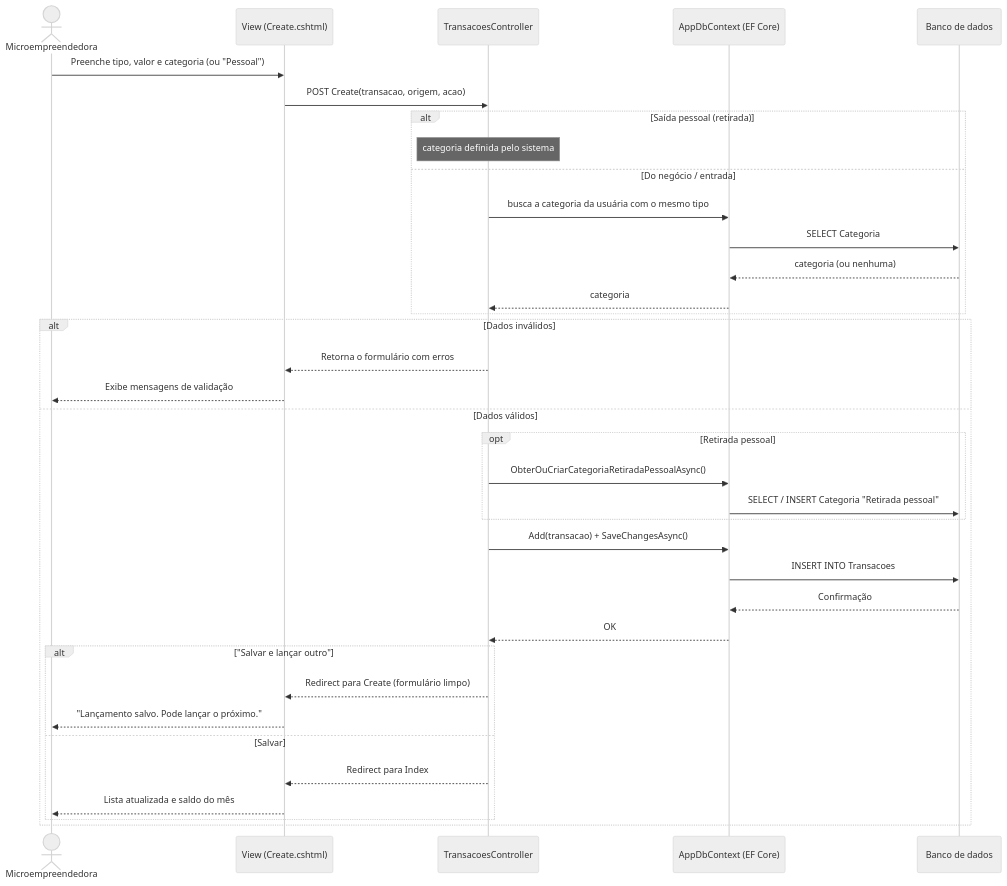
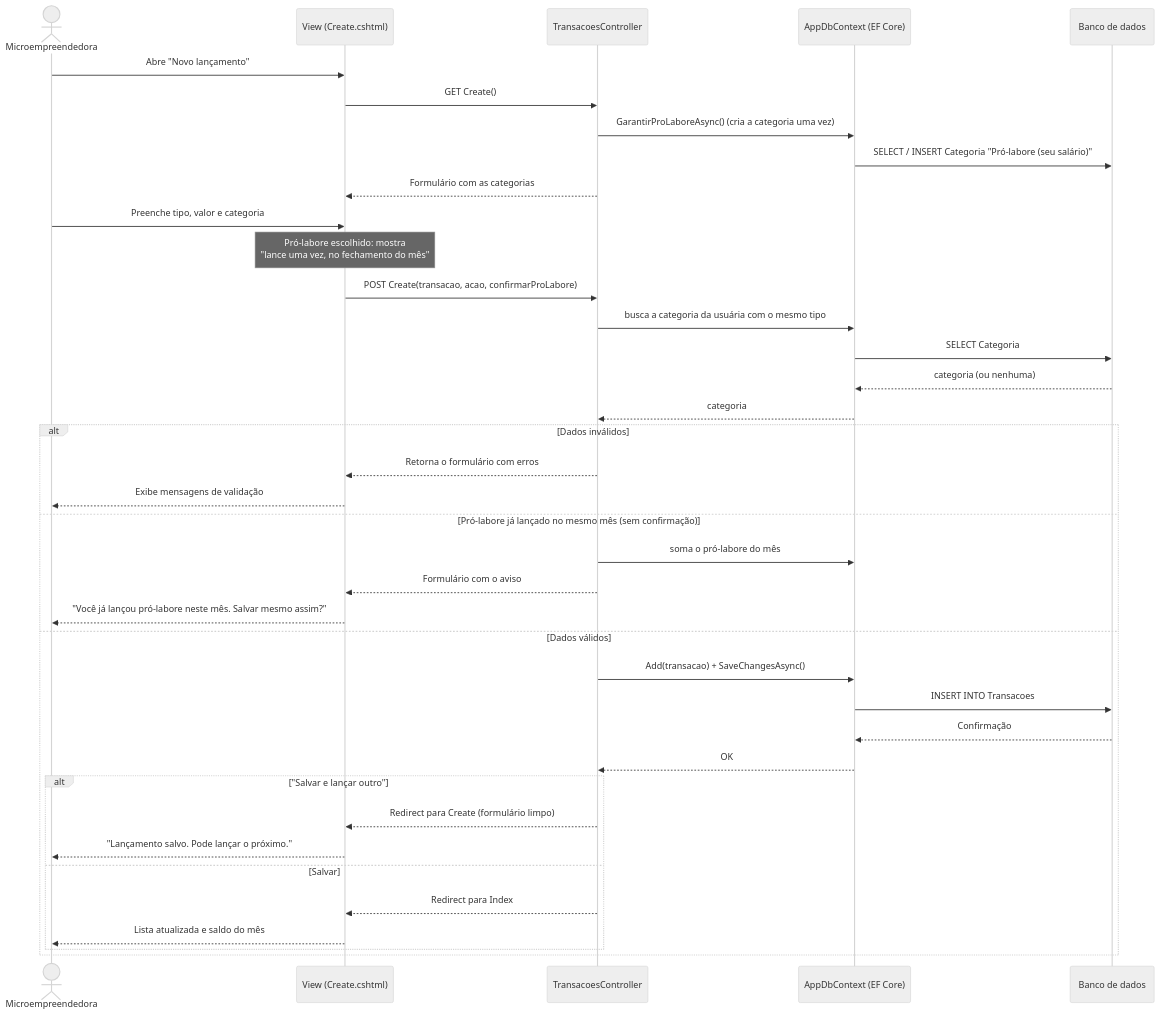
Before and after one commit to profetadiario/GFMEI: the diagram in docs/diagramas/fontes/fig5_sequencia_lancamento.mmd, drawn with Mermaid (neutral theme). The commit also changed 73 other files, not shown here.

First line of the commit message:
feat: v1.6 — pró-labore no lugar da retirada pessoal e calculadora da planilha (decisões 9 e 10)

```diff
--- a/docs/diagramas/fontes/fig5_sequencia_lancamento.mmd
+++ b/docs/diagramas/fontes/fig5_sequencia_lancamento.mmd
@@ -1,36 +1,38 @@
 sequenceDiagram
     actor U as Microempreendedora
     participant V as View (Create.cshtml)
     participant C as TransacoesController
     participant DB as AppDbContext (EF Core)
     participant B as Banco de dados
-    U->>V: Preenche tipo, valor e categoria (ou "Pessoal")
-    V->>C: POST Create(transacao, origem, acao)
-    alt Saída pessoal (retirada)
-        Note over C: categoria definida pelo sistema
-    else Do negócio / entrada
-        C->>DB: busca a categoria da usuária com o mesmo tipo
-        DB->>B: SELECT Categoria
-        B-->>DB: categoria (ou nenhuma)
-        DB-->>C: categoria
-    end
+    U->>V: Abre "Novo lançamento"
+    V->>C: GET Create()
+    C->>DB: GarantirProLaboreAsync() (cria a categoria uma vez)
+    DB->>B: SELECT / INSERT Categoria "Pró-labore (seu salário)"
+    C-->>V: Formulário com as categorias
+    U->>V: Preenche tipo, valor e categoria
+    Note over V: Pró-labore escolhido: mostra<br/>"lance uma vez, no fechamento do mês"
+    V->>C: POST Create(transacao, acao, confirmarProLabore)
+    C->>DB: busca a categoria da usuária com o mesmo tipo
+    DB->>B: SELECT Categoria
+    B-->>DB: categoria (ou nenhuma)
+    DB-->>C: categoria
     alt Dados inválidos
         C-->>V: Retorna o formulário com erros
         V-->>U: Exibe mensagens de validação
+    else Pró-labore já lançado no mesmo mês (sem confirmação)
+        C->>DB: soma o pró-labore do mês
+        C-->>V: Formulário com o aviso
+        V-->>U: "Você já lançou pró-labore neste mês. Salvar mesmo assim?"
     else Dados válidos
-        opt Retirada pessoal
-            C->>DB: ObterOuCriarCategoriaRetiradaPessoalAsync()
-            DB->>B: SELECT / INSERT Categoria "Retirada pessoal"
-        end
         C->>DB: Add(transacao) + SaveChangesAsync()
         DB->>B: INSERT INTO Transacoes
         B-->>DB: Confirmação
         DB-->>C: OK
         alt "Salvar e lançar outro"
             C-->>V: Redirect para Create (formulário limpo)
             V-->>U: "Lançamento salvo. Pode lançar o próximo."
         else Salvar
             C-->>V: Redirect para Index
             V-->>U: Lista atualizada e saldo do mês
         end
     end
```
